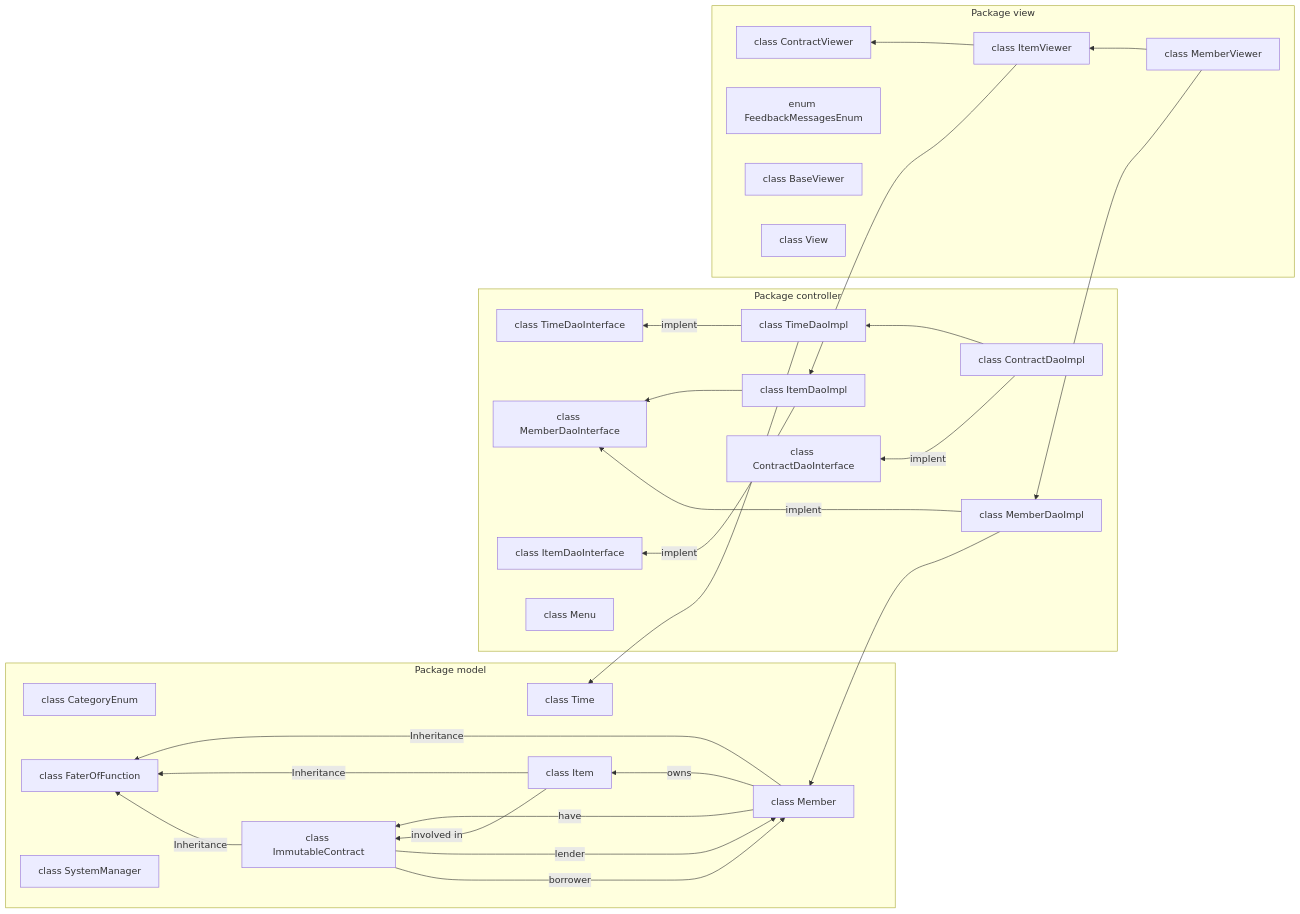
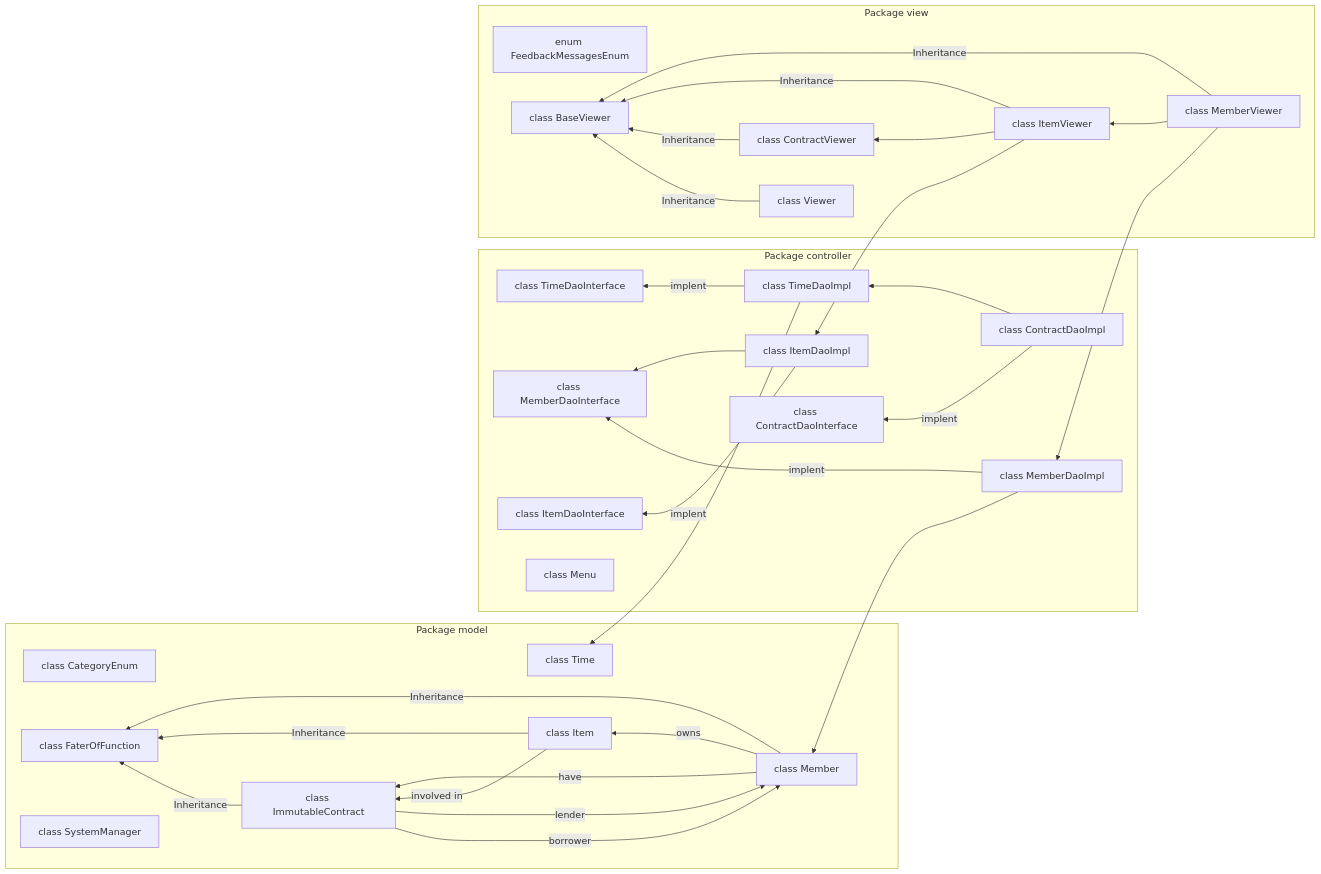
Before and after one commit to ashkar99/Stuff-Lending-System: the first of 5 diagrams in design.md, drawn with Mermaid.

Commit message:
Update file design.md

````diff
--- a/design.md
+++ b/design.md
@@ -2,67 +2,72 @@
 ```mermaid
 
 graph RL
     subgraph Package model
     model1[class Time]
     model2[class Member]
     model3[class Item]
     model4[class CategoryEnum]
     model5[class ImmutableContract]
     model6[class FaterOfFunction]
     model7[class SystemManager ]
 
     end
 
     subgraph Package controller
     controller1[class TimeDaoImpl]  
     controller2[class TimeDaoInterface]      
     controller3[class MemberDaoInterface] 
     controller4[class MemberDaoImpl]     
     controller5[class ItemDaoInterface]  
     controller6[class ItemDaoImpl]       
     controller7[class ContractDaoInterface] 
     controller8[class ContractDaoImpl]
     controller9[ class Menu]
         
     end
 
     subgraph Package view
     view1[class MemberViewer]
     view2[class ItemViewer]
     view3[class ContractViewer]
     view4[enum FeedbackMessagesEnum]
     view5[class BaseViewer]
-    view6[class View]
+    view6[class Viewer]
     
     end
 
     controller6 --> controller3
     controller8 --> controller1
 
 
     model2 --"owns"--> model3 
     model2 --"have"--> model5 
     model3 --"involved in"--> model5 
     model5 --"lender"--> model2 
     model5 --"borrower"--> model2 
 
     
     model2 --"Inheritance"--> model6
     model3 --"Inheritance"--> model6
     model5 --"Inheritance"--> model6
     
     view1 --> view2
     view2 --> view3
 
     controller6 --"implent"--> controller5  
     controller4 --"implent"--> controller3 
     controller8 --"implent"--> controller7  
     controller1 --"implent"--> controller2 
     
 
     controller1 --> model1
     controller4 --> model2
     
     view2 --> controller6
     view1 --> controller4
+    view1 --"Inheritance"--> view5
+    view2 --"Inheritance"--> view5
+    view3 --"Inheritance"--> view5
+    view6 --"Inheritance"--> view5
+
 ```
````
